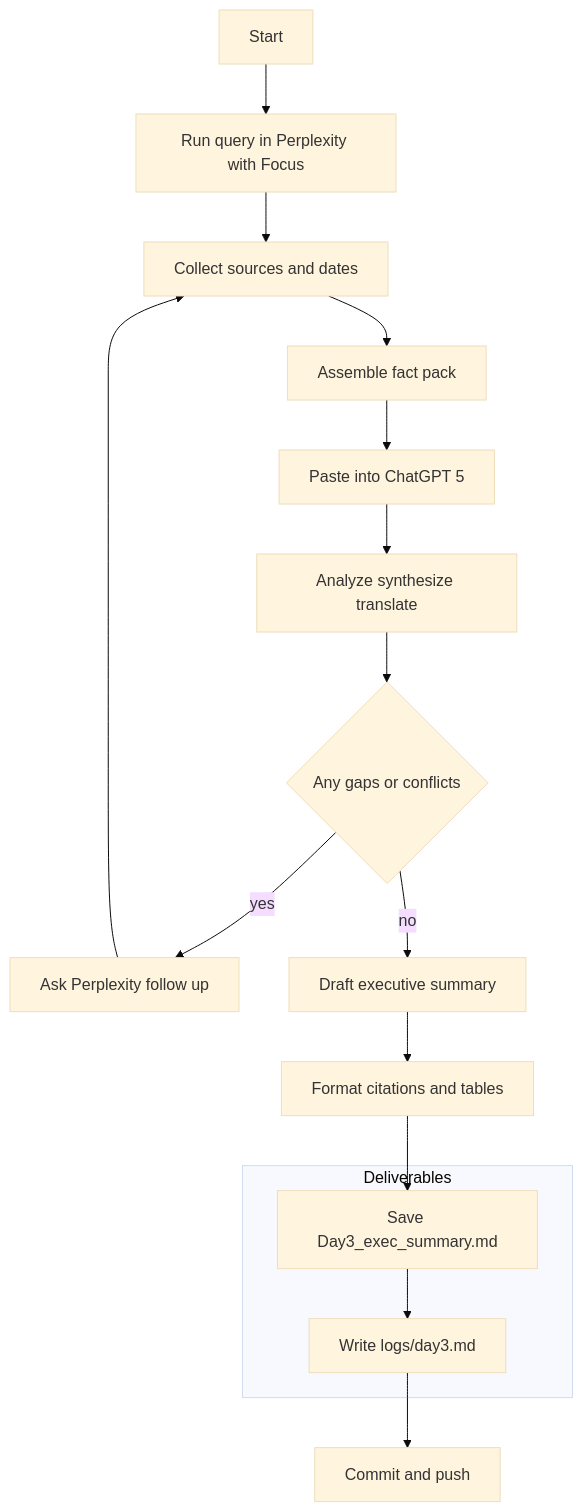
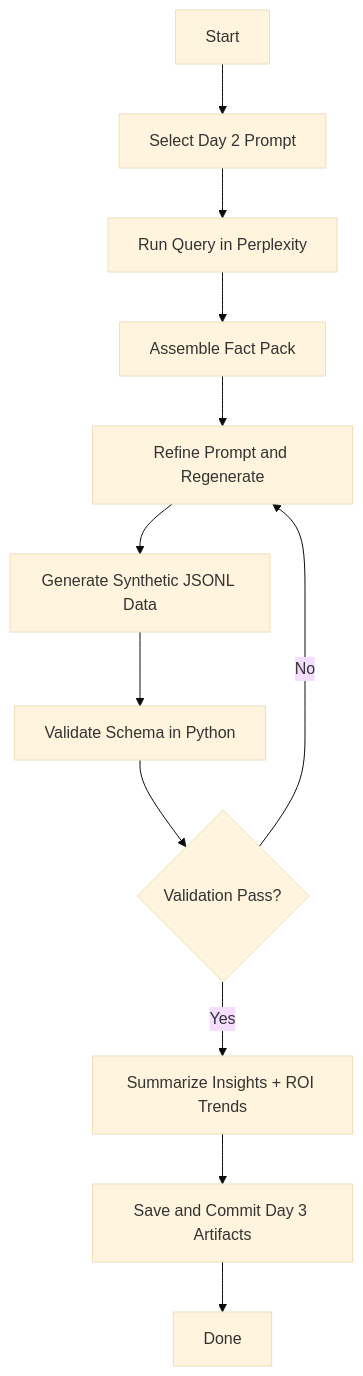
The diagram in Week1_ChatGPT_Perplexity/Day3/lesson.md (emcdo411/ai-agent-mastery-20days), drawn with Mermaid (base theme) before and after one commit. The commit also changed other lines of this file, not shown here.

````diff
--- a/Week1_ChatGPT_Perplexity/Day3/lesson.md
+++ b/Week1_ChatGPT_Perplexity/Day3/lesson.md
@@ -178,21 +178,14 @@
 ```mermaid
 flowchart TB
-    A[Start] --> B[Run query in Perplexity with Focus]
-    B --> C[Collect sources and dates]
-    C --> D[Assemble fact pack]
-    D --> E[Paste into ChatGPT 5]
-    E --> F[Analyze synthesize translate]
-    F --> G{Any gaps or conflicts}
-    G -- yes --> H[Ask Perplexity follow up]
-    H --> C
-    G -- no --> I[Draft executive summary]
-    I --> J[Format citations and tables]
-    J --> K[Save Day3_exec_summary.md]
-    K --> L[Write logs/day3.md]
-    L --> M[Commit and push]
-
-    subgraph Deliverables
-        K
-        L
-    end
+  A[Start] --> B[Select Day 2 Prompt]
+  B --> C[Run Query in Perplexity]
+  C --> D[Assemble Fact Pack]
+  D --> E[Feed into ChatGPT-5 Template]
+  E --> F[Generate Synthetic JSONL Data]
+  F --> G[Validate Schema in Python]
+  G --> H{Validation Pass?}
+  H -- Yes --> I[Summarize Insights + ROI Trends]
+  H -- No --> E[Refine Prompt and Regenerate]
+  I --> J[Save and Commit Day 3 Artifacts]
+  J --> K[Done]
 ```
````
